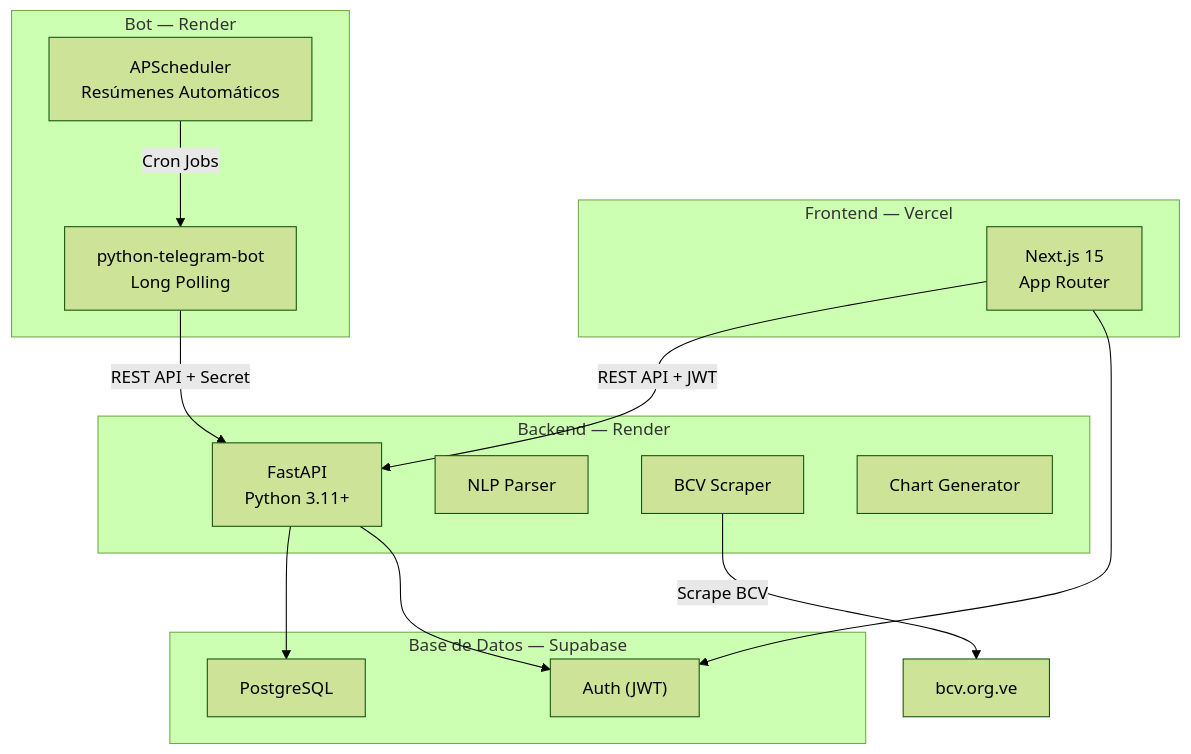
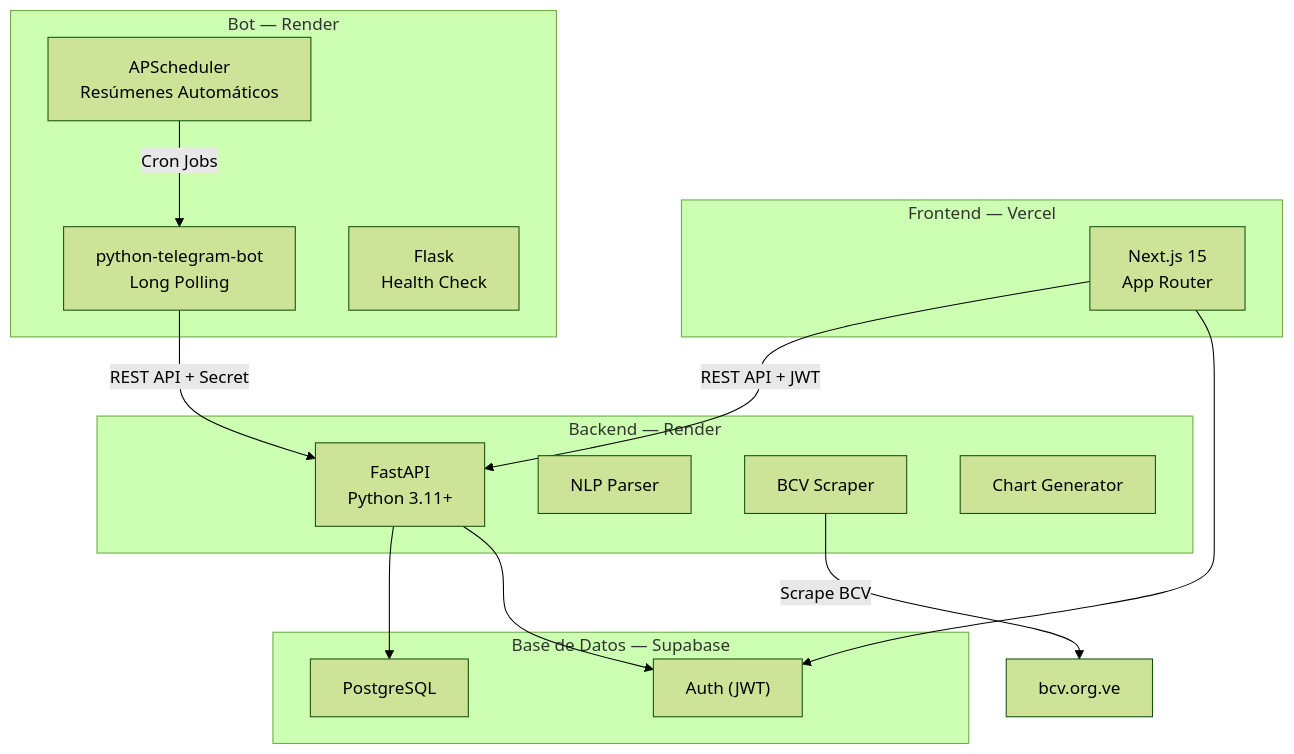
The first of 4 diagrams in README.md (ingyeffersonhh-dev/churupo-tracker), drawn with Mermaid (forest theme) before and after one commit. The commit also changed other lines of this file and 1 other file, not shown here.

Commit message:
Fix: volver a webhooks, eliminar Flask, retry loop para estabilidad

````diff
--- a/README.md
+++ b/README.md
@@ -42,31 +41,32 @@
 ```mermaid
 graph TB
     subgraph "Frontend — Vercel"
         A["Next.js 15<br/>App Router"]
     end
 
     subgraph "Backend — Render"
         B["FastAPI<br/>Python 3.11+"]
         C["NLP Parser"]
         D["BCV Scraper"]
         E["Chart Generator"]
     end
 
     subgraph "Bot — Render"
         F["python-telegram-bot<br/>Long Polling"]
         G["APScheduler<br/>Resúmenes Automáticos"]
+        H["Flask<br/>Health Check"]
     end
 
     subgraph "Base de Datos — Supabase"
-        H["PostgreSQL"]
-        I["Auth (JWT)"]
+        I["PostgreSQL"]
+        J["Auth (JWT)"]
     end
 
     A -->|REST API + JWT| B
     F -->|REST API + Secret| B
-    B --> H
     B --> I
-    A --> I
-    D -->|Scrape BCV| J["bcv.org.ve"]
+    B --> J
+    A --> J
+    D -->|Scrape BCV| K["bcv.org.ve"]
     G -->|Cron Jobs| F
 ```
````
